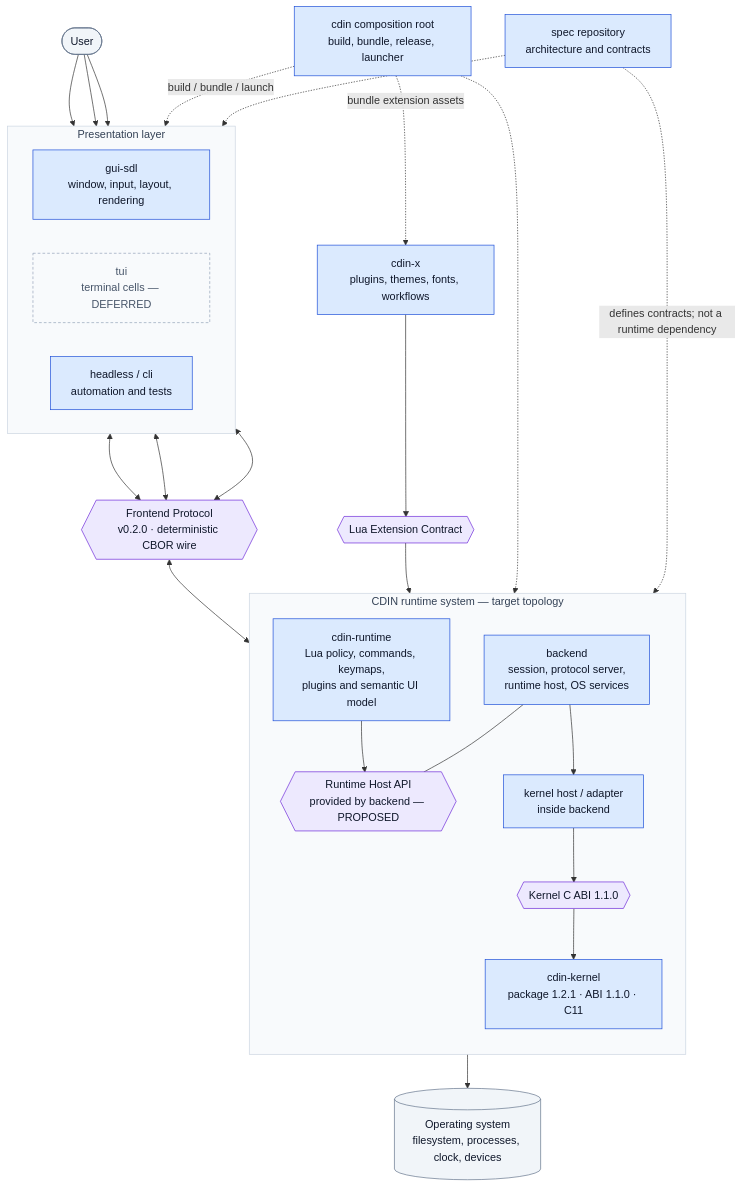
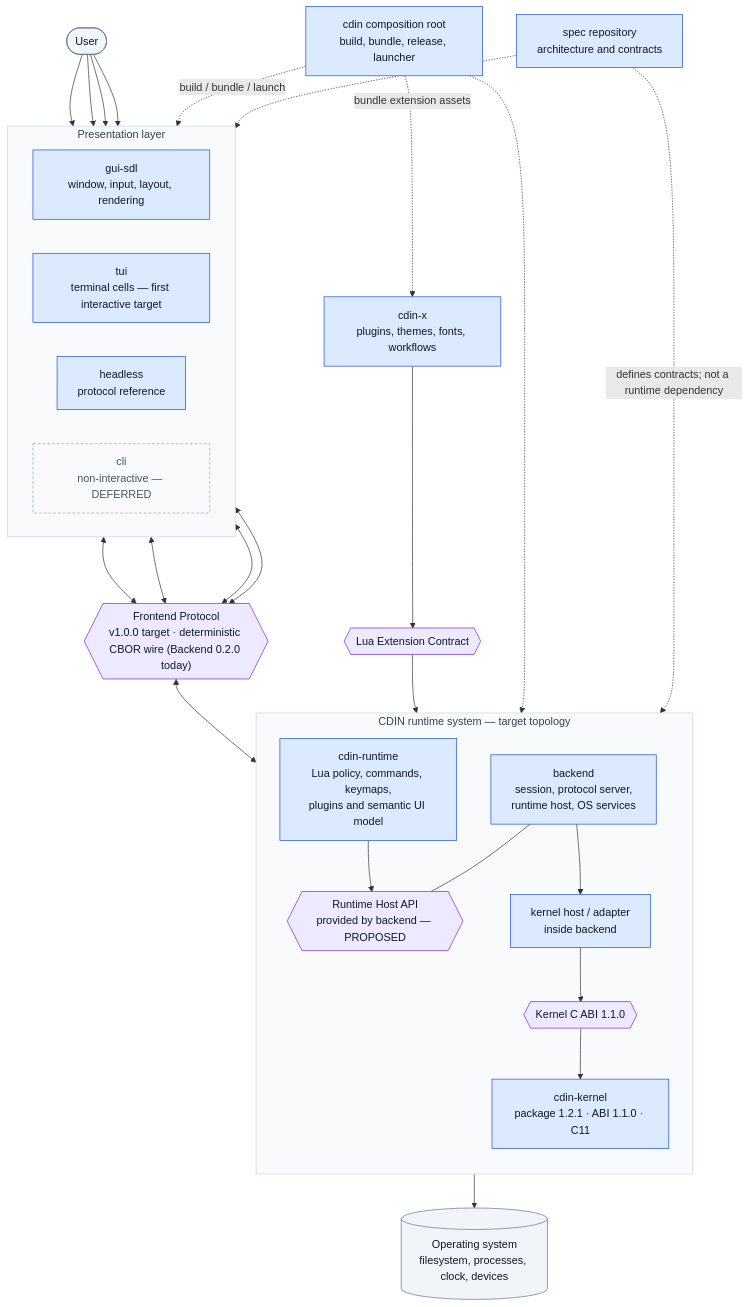
One commit to cdin-editor/spec changed the diagram in README.md. Above: the diagram before and after it, drawn with Mermaid. The commit also changed other lines of this file and 45 other files, not shown here.

First line of the commit message:
docs(spec): synchronize Kernel contract and finalize Frontend architecture

````diff
--- a/README.md
+++ b/README.md
@@ -15,57 +15,61 @@
 ```mermaid
 flowchart TB
     USER(["User"])
 
     subgraph PRESENTATION["Presentation layer"]
         direction LR
         GUI["gui-sdl<br/>window, input, layout, rendering"]
-        TUI["tui<br/>terminal cells — DEFERRED"]
-        HEADLESS["headless / cli<br/>automation and tests"]
+        TUI["tui<br/>terminal cells — first interactive target"]
+        HEADLESS["headless<br/>protocol reference"]
+        CLI["cli<br/>non-interactive — DEFERRED"]
     end
-    FP{{"Frontend Protocol<br/>v0.2.0 · deterministic CBOR wire"}}
+    FP{{"Frontend Protocol<br/>v1.0.0 target · deterministic CBOR wire (Backend 0.2.0 today)"}}
 
     subgraph PRODUCT["CDIN runtime system — target topology"]
         direction TB
         BE["backend<br/>session, protocol server,<br/>runtime host, OS services"]
         RHA{{"Runtime Host API<br/>provided by backend — PROPOSED"}}
         RT["cdin-runtime<br/>Lua policy, commands, keymaps,<br/>plugins and semantic UI model"]
         KHOST["kernel host / adapter<br/>inside backend"]
         KABI{{"Kernel C ABI 1.1.0"}}
         K["cdin-kernel<br/>package 1.2.1 · ABI 1.1.0 · C11"]
         BE --- RHA
         RT --> RHA
         BE --> KHOST --> KABI --> K
     end
 
     EXTAPI{{"Lua Extension Contract"}}
     X["cdin-x<br/>plugins, themes, fonts, workflows"]
     OS[("Operating system<br/>filesystem, processes, clock, devices")]
     ROOT["cdin composition root<br/>build, bundle, release, launcher"]
     SPEC["spec repository<br/>architecture and contracts"]
 
     USER --> GUI
     USER --> TUI
     USER --> HEADLESS
+USER --> CLI
     GUI <--> FP
     TUI <--> FP
     HEADLESS <--> FP
+CLI <--> FP
     FP <--> BE
     X --> EXTAPI --> RT
     BE --> OS
     ROOT -. "build / bundle / launch" .-> PRESENTATION
     ROOT -.-> PRODUCT
     ROOT -. "bundle extension assets" .-> X
     SPEC -. "defines contracts; not a runtime dependency" .-> PRODUCT
     SPEC -.-> PRESENTATION
 
     classDef comp fill:#dbeafe,stroke:#1d4ed8,color:#0f172a
     classDef contract fill:#ede9fe,stroke:#6d28d9,color:#0f172a
     classDef external fill:#f1f5f9,stroke:#64748b,color:#0f172a
     classDef group fill:#f8fafc,stroke:#cbd5e1,color:#334155
     classDef deferred fill:#f8fafc,stroke:#94a3b8,color:#475569,stroke-dasharray:4 3
-    class TUI deferred
-    class GUI,HEADLESS,BE,K,KHOST,RT,ROOT,SPEC,X comp
+    class TUI component
+    class CLI deferred
+    class GUI,TUI,HEADLESS,BE,K,KHOST,RT,ROOT,SPEC,X comp
     class FP,RHA,KABI,EXTAPI contract
     class OS,USER external
     class PRESENTATION,PRODUCT group
 ```
````
